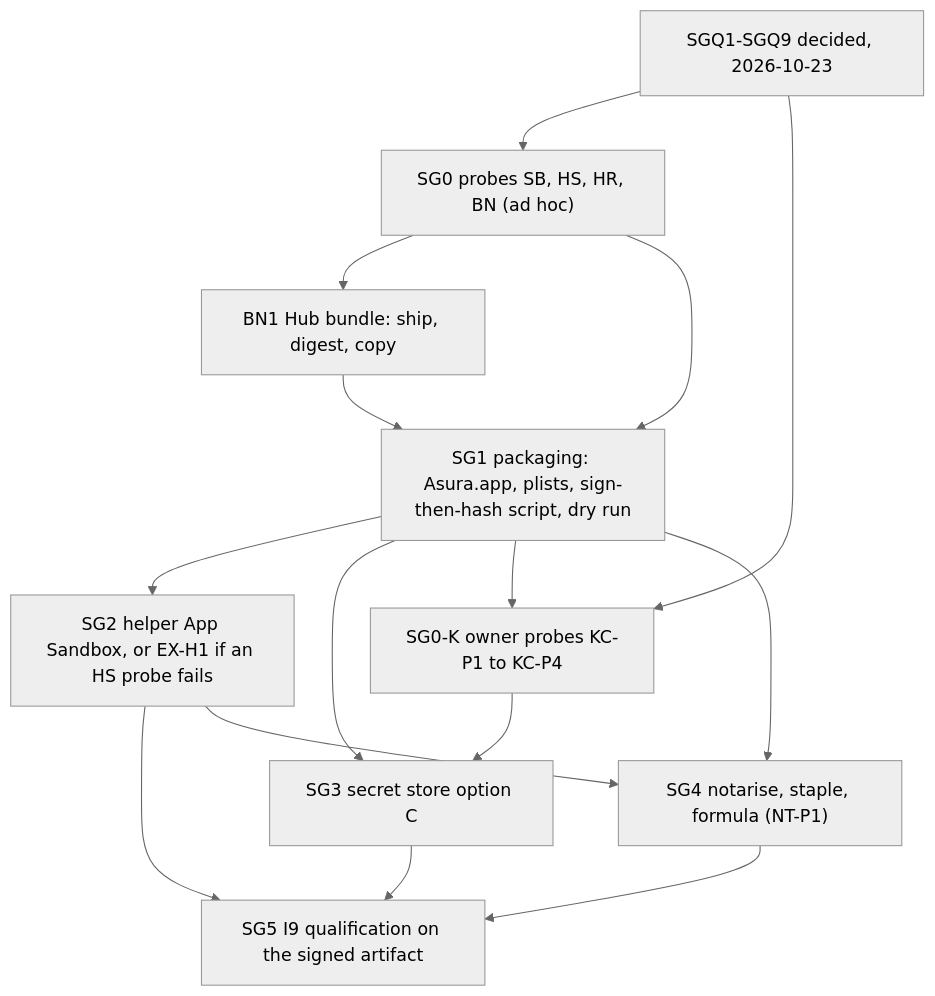
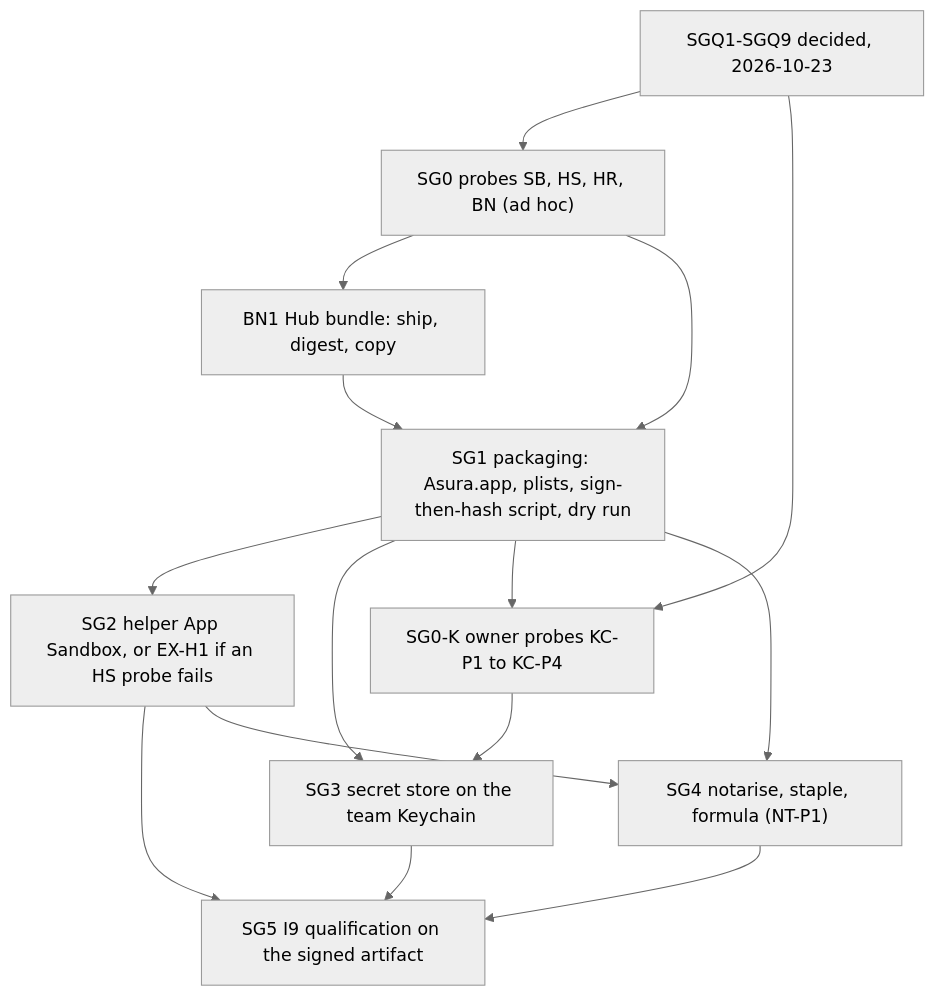
The sixth of 6 diagrams in docs/designs/release-signing.md (pidster/asura), drawn with Mermaid (neutral theme) before and after one commit. The commit also changed other lines of this file and 4 other files, not shown here.

First line of the commit message:
Name the team Keychain store apart from EXD-3 option C

````diff
--- a/docs/designs/release-signing.md
+++ b/docs/designs/release-signing.md
@@ -849,17 +854,17 @@
 ```mermaid
 flowchart TD
     Q["SGQ1-SGQ9 decided, 2026-10-23"] --> SG0
     Q --> SG0K
     SG0["SG0 probes SB, HS, HR, BN (ad hoc)"] --> BN1
     BN1["BN1 Hub bundle: ship, digest, copy"] --> SG1
     SG0 --> SG1
     SG1["SG1 packaging: Asura.app, plists, sign-then-hash script, dry run"] --> SG2
     SG1 --> SG3
     SG1 --> SG0K
     SG0K["SG0-K owner probes KC-P1 to KC-P4"] --> SG3
     SG2["SG2 helper App Sandbox, or EX-H1 if an HS probe fails"] --> SG5
-    SG3["SG3 secret store option C"] --> SG5
+    SG3["SG3 secret store on the team Keychain"] --> SG5
     SG1 --> SG4["SG4 notarise, staple, formula (NT-P1)"]
     SG2 --> SG4
     SG4 --> SG5["SG5 I9 qualification on the signed artifact"]
 ```
````
